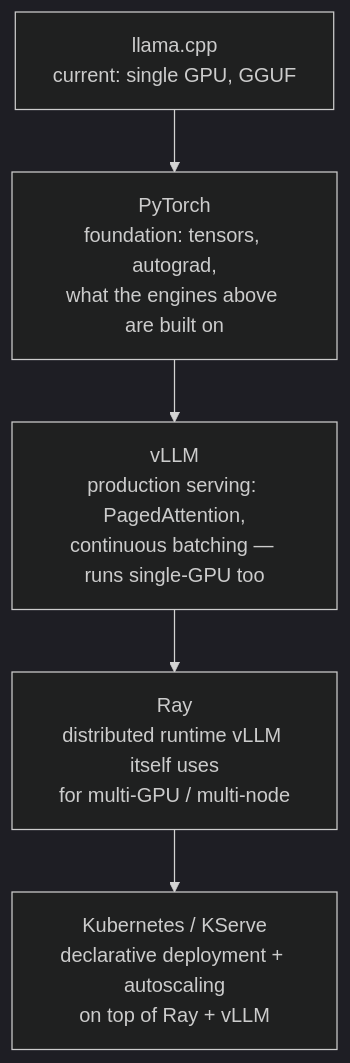
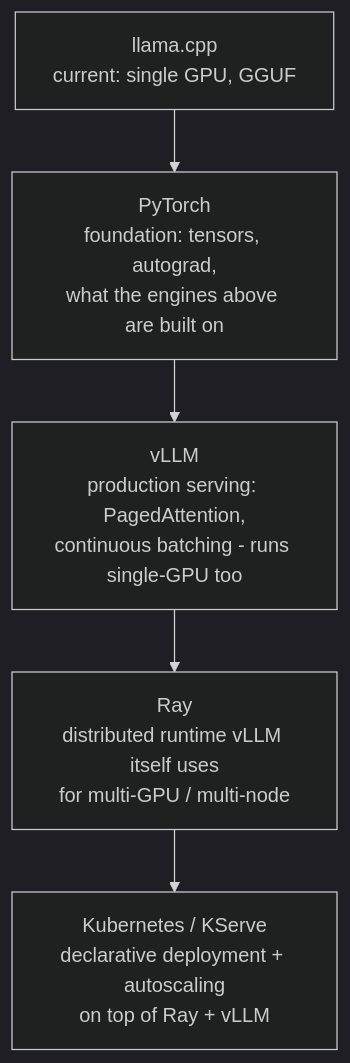
The diagram in Resources/Agent Best Practices/08-running-llms-locally.md (ehcastroh-teach/START_HERE), drawn with Mermaid (dark theme) before and after one commit. The commit also changed other lines of this file and 16 other files, not shown here.

````diff
--- a/Resources/Agent Best Practices/08-running-llms-locally.md
+++ b/Resources/Agent Best Practices/08-running-llms-locally.md
@@ -168,7 +168,7 @@
 ```mermaid
 flowchart TD
     A[llama.cpp<br/>current: single GPU, GGUF] --> B[PyTorch<br/>foundation: tensors, autograd,<br/>what the engines above are built on]
-    B --> C[vLLM<br/>production serving: PagedAttention,<br/>continuous batching — runs single-GPU too]
+    B --> C[vLLM<br/>production serving: PagedAttention,<br/>continuous batching - runs single-GPU too]
     C --> D[Ray<br/>distributed runtime vLLM itself uses<br/>for multi-GPU / multi-node]
     D --> E[Kubernetes / KServe<br/>declarative deployment + autoscaling<br/>on top of Ray + vLLM]
 ```
````
